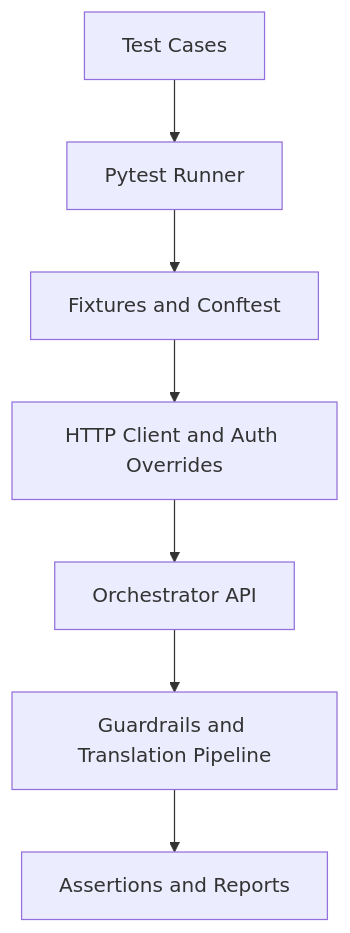
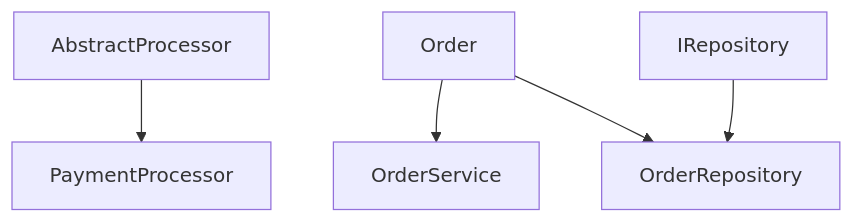
The third of 6 diagrams in README.md (hkevin01/java-to-python-test-suite), drawn with Mermaid before and after one commit. The commit also changed other lines of this file, not shown here.

````diff
--- a/README.md
+++ b/README.md
@@ -67,9 +149,7 @@
 ```mermaid
 flowchart TD
-  A[Test Cases] --> B[Pytest Runner]
-  B --> C[Fixtures and Conftest]
-  C --> D[HTTP Client and Auth Overrides]
-  D --> E[Orchestrator API]
-  E --> F[Guardrails and Translation Pipeline]
-  F --> G[Assertions and Reports]
+  A[AbstractProcessor] --> B[PaymentProcessor]
+  C[Order] --> D[OrderService]
+  E[IRepository] --> F[OrderRepository]
+  C --> F
 ```
````
